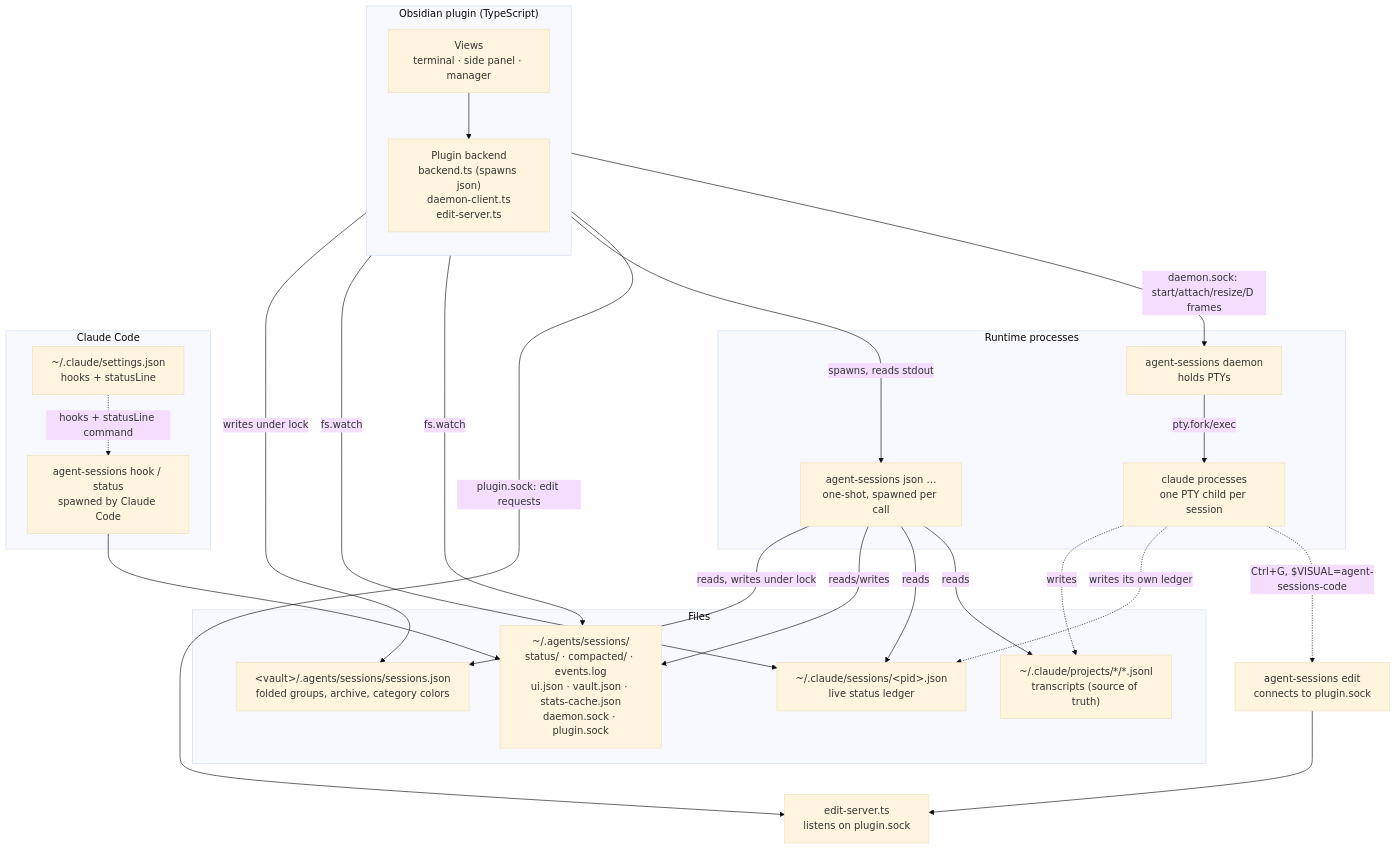
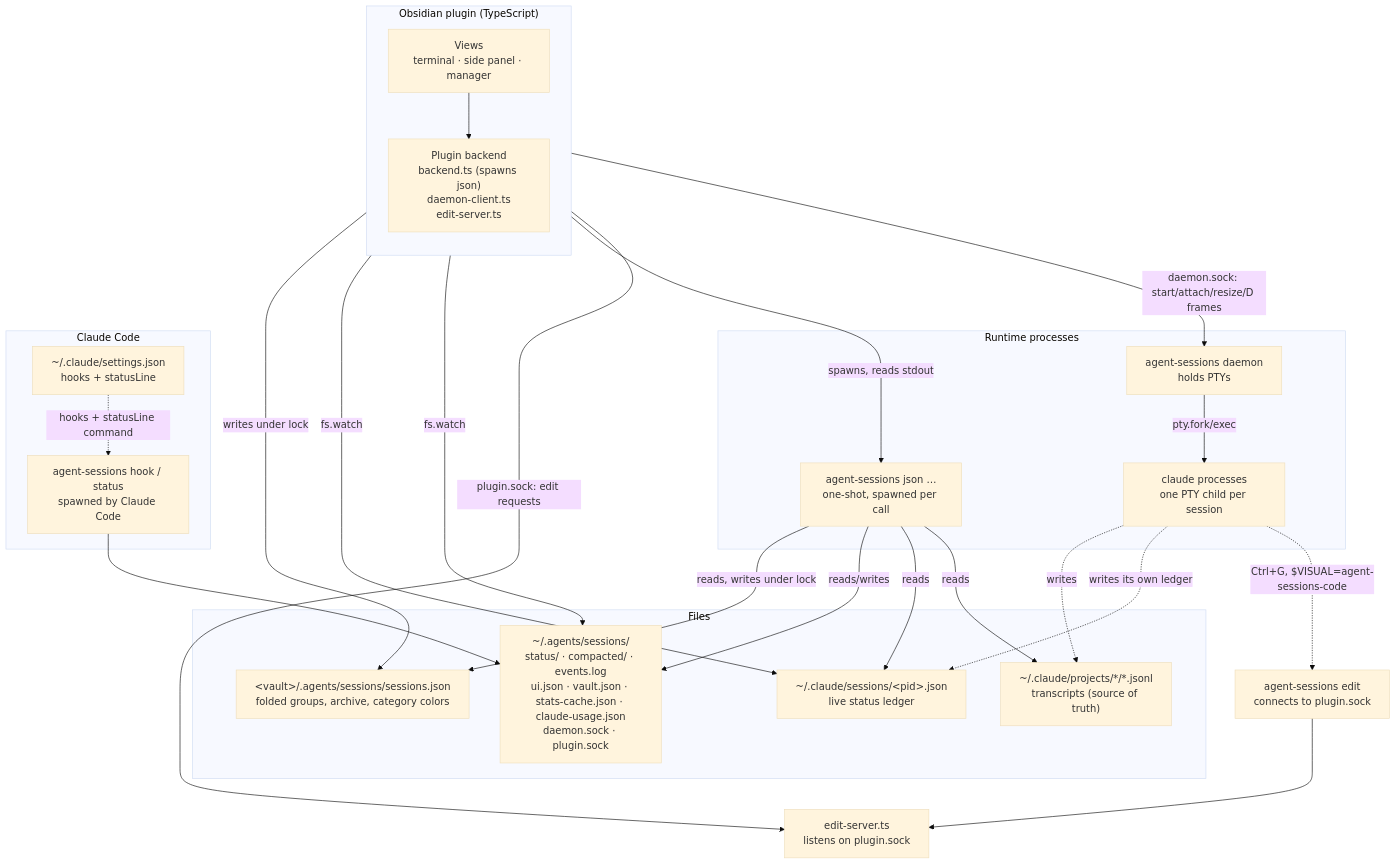
Before and after one commit to kulikala/obsidian-agent-sessions: the first of 4 diagrams in docs/architecture.md, drawn with Mermaid (base theme). The commit also changed 16 other files, not shown here.

````diff
--- a/docs/architecture.md
+++ b/docs/architecture.md
@@ -25,45 +25,45 @@
 ```mermaid
 flowchart TB
     subgraph Obsidian["Obsidian plugin (TypeScript)"]
         direction TB
         Views["Views<br/>terminal · side panel · manager"]
         Backend["Plugin backend<br/>backend.ts (spawns json)<br/>daemon-client.ts<br/>edit-server.ts"]
         Views --> Backend
     end
 
     subgraph Runtime["Runtime processes"]
         Daemon["agent-sessions daemon<br/>holds PTYs"]
         JSON["agent-sessions json …<br/>one-shot, spawned per call"]
         Claude["claude processes<br/>one PTY child per session"]
     end
 
     subgraph CC["Claude Code"]
         Settings["~/.claude/settings.json<br/>hooks + statusLine"]
         HookBin["agent-sessions hook / status<br/>spawned by Claude Code"]
     end
 
     subgraph Files["Files"]
         Transcripts["~/.claude/projects/*/*.jsonl<br/>transcripts (source of truth)"]
         Ledger["~/.claude/sessions/&lt;pid&gt;.json<br/>live status ledger"]
-        Runtime2["~/.agents/sessions/<br/>status/ · compacted/ · events.log<br/>ui.json · vault.json · stats-cache.json<br/>daemon.sock · plugin.sock"]
+        Runtime2["~/.agents/sessions/<br/>status/ · compacted/ · events.log<br/>ui.json · vault.json · stats-cache.json · claude-usage.json<br/>daemon.sock · plugin.sock"]
         SessionsJSON["&lt;vault&gt;/.agents/sessions/sessions.json<br/>folded groups, archive, category colors"]
     end
 
     Backend -- "daemon.sock: start/attach/resize/D frames" --> Daemon
     Backend -- "plugin.sock: edit requests" --> EditServer["edit-server.ts<br/>listens on plugin.sock"]
     Backend -- spawns, reads stdout --> JSON
     Daemon -- pty.fork/exec --> Claude
     Settings -. "hooks + statusLine command" .-> HookBin
     Claude -. "Ctrl+G, $VISUAL=agent-sessions-code" .-> EditEntry["agent-sessions edit<br/>connects to plugin.sock"]
     EditEntry --> EditServer
     HookBin --> Runtime2
     Claude -. "writes its own ledger" .-> Ledger
     Claude -. "writes" .-> Transcripts
     JSON -- reads --> Transcripts
     JSON -- reads --> Ledger
     JSON -- reads/writes --> Runtime2
     JSON -- "reads, writes under lock" --> SessionsJSON
     Backend -- "fs.watch" --> Runtime2
     Backend -- "fs.watch" --> Ledger
     Backend -- "writes under lock" --> SessionsJSON
 ```
````
